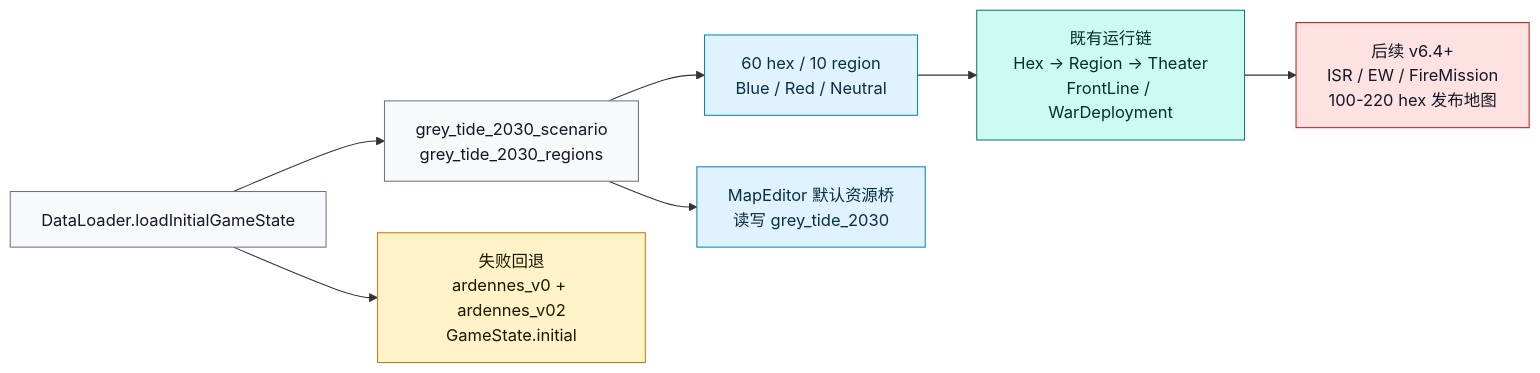
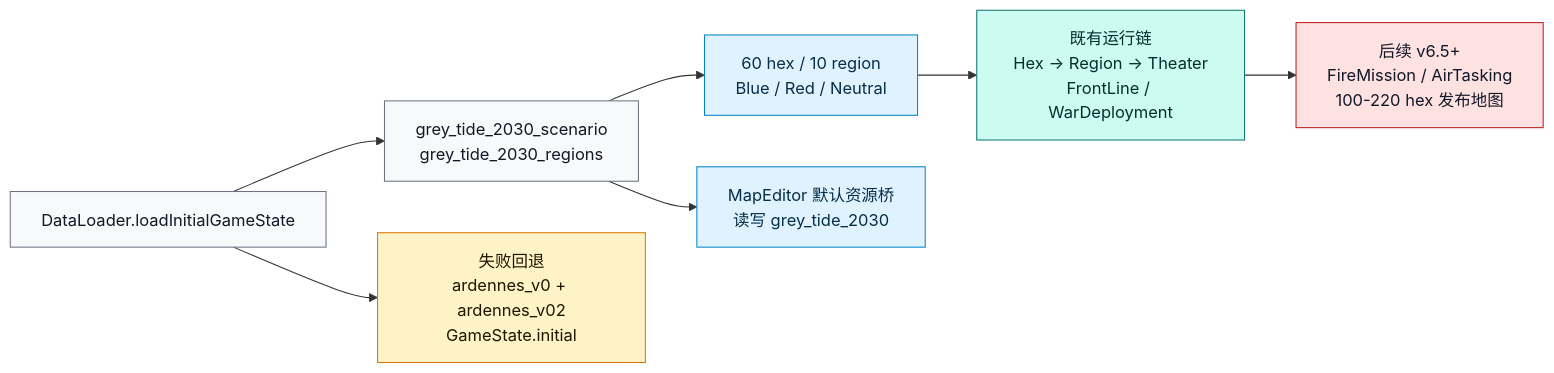
Before and after one commit to Altman-sam114/127: the fourth of 14 diagrams in md/flow/flowchart.md, drawn with Mermaid. The commit also changed other lines of this file and 23 other files, not shown here.

````diff
--- a/md/flow/flowchart.md
+++ b/md/flow/flowchart.md
@@ -115,21 +115,21 @@
 ```mermaid
 flowchart LR
     ENTRY["DataLoader.loadInitialGameState"]:::data
     GREY["grey_tide_2030_scenario<br/>grey_tide_2030_regions"]:::data
     MAP["60 hex / 10 region<br/>Blue / Red / Neutral"]:::state
     EDITOR["MapEditor 默认资源桥<br/>读写 grey_tide_2030"]:::state
     PIPE["既有运行链<br/>Hex -> Region -> Theater<br/>FrontLine / WarDeployment"]:::rules
     FALLBACK["失败回退<br/>ardennes_v0 + ardennes_v02<br/>GameState.initial"]:::legacy
-    TODO["后续 v6.4+<br/>ISR / EW / FireMission<br/>100-220 hex 发布地图"]:::risk
+    TODO["后续 v6.5+<br/>FireMission / AirTasking<br/>100-220 hex 发布地图"]:::risk
 
     ENTRY --> GREY --> MAP --> PIPE
     GREY --> EDITOR
     ENTRY --> FALLBACK
     PIPE --> TODO
 
     classDef data fill:#f8f9fb,stroke:#6b7280,color:#111827
     classDef state fill:#e0f2fe,stroke:#0284c7,color:#082f49
     classDef rules fill:#ccfbf1,stroke:#0f766e,color:#042f2e
     classDef legacy fill:#fef3c7,stroke:#d97706,color:#1f1600
     classDef risk fill:#fee2e2,stroke:#b91c1c,color:#111827
 ```
````
